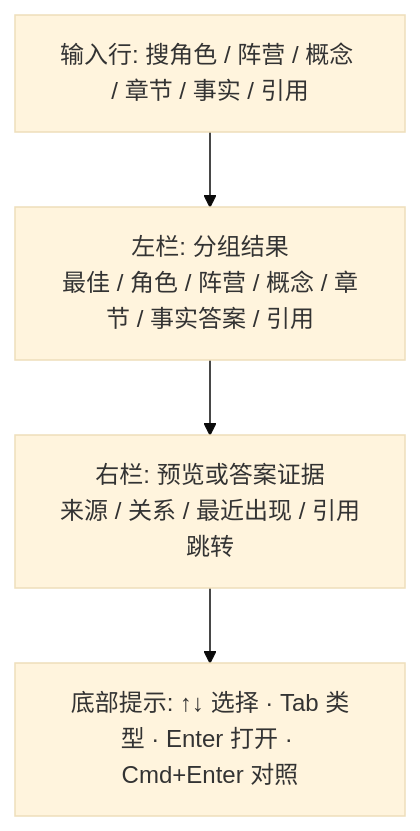
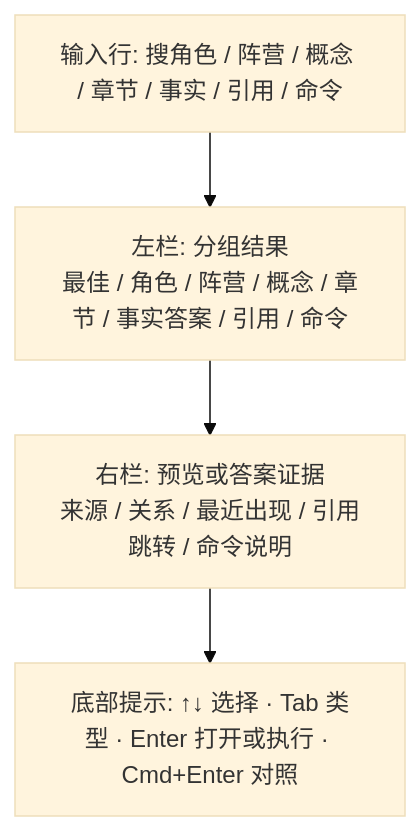
Before and after one commit to jinhuang712/open-novel: the first of 3 diagrams in design/06-command-palette.md, drawn with Mermaid (base theme). The commit also changed other lines of this file and 29 other files, not shown here.

````diff
--- a/design/06-command-palette.md
+++ b/design/06-command-palette.md
@@ -9,8 +9,8 @@
 ```mermaid
 flowchart TB
-  IN["输入行: 搜角色 / 阵营 / 概念 / 章节 / 事实 / 引用"]
-  RES["左栏: 分组结果<br/>最佳 / 角色 / 阵营 / 概念 / 章节 / 事实答案 / 引用"]
-  PRE["右栏: 预览或答案证据<br/>来源 / 关系 / 最近出现 / 引用跳转"]
-  FOOT["底部提示: ↑↓ 选择 · Tab 类型 · Enter 打开 · Cmd+Enter 对照"]
+  IN["输入行: 搜角色 / 阵营 / 概念 / 章节 / 事实 / 引用 / 命令"]
+  RES["左栏: 分组结果<br/>最佳 / 角色 / 阵营 / 概念 / 章节 / 事实答案 / 引用 / 命令"]
+  PRE["右栏: 预览或答案证据<br/>来源 / 关系 / 最近出现 / 引用跳转 / 命令说明"]
+  FOOT["底部提示: ↑↓ 选择 · Tab 类型 · Enter 打开或执行 · Cmd+Enter 对照"]
   IN --> RES --> PRE --> FOOT
 ```
````
